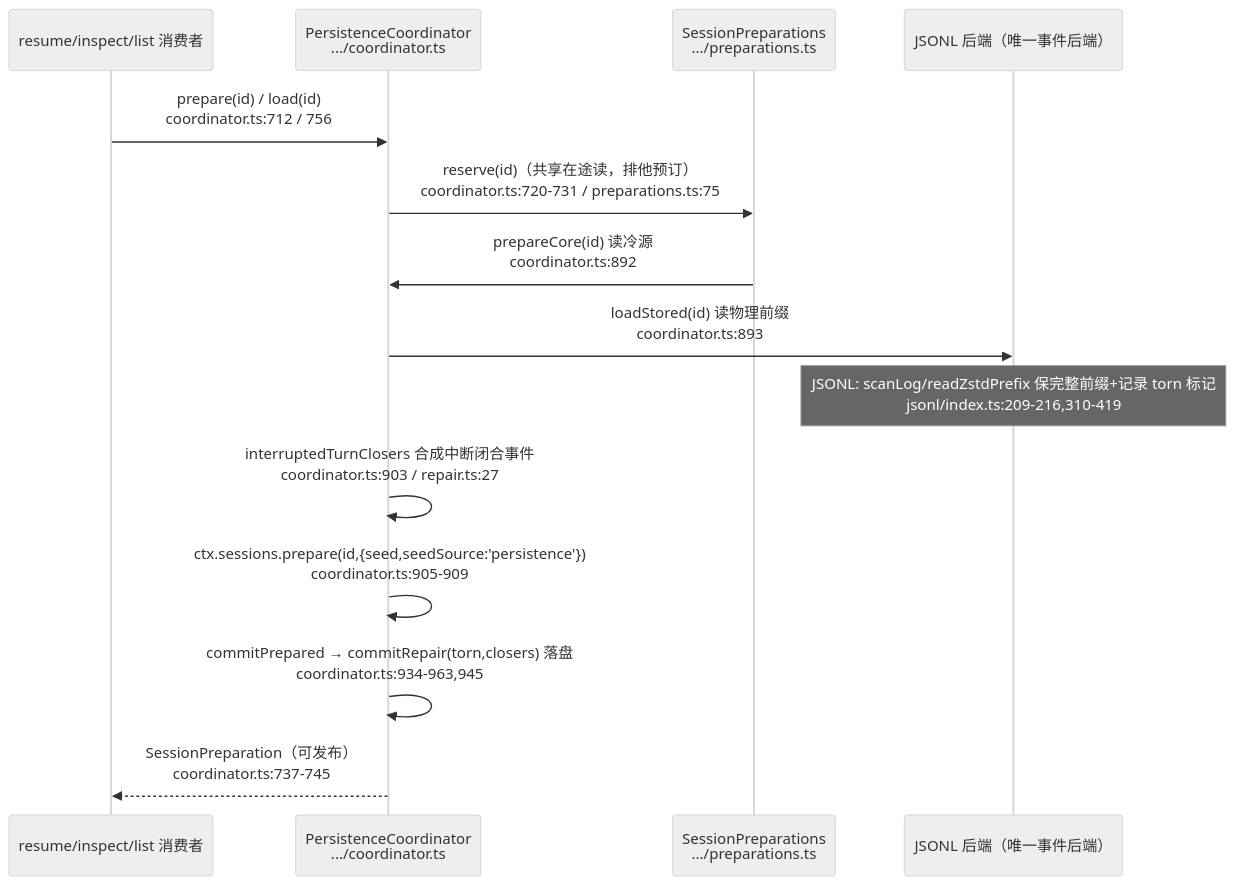
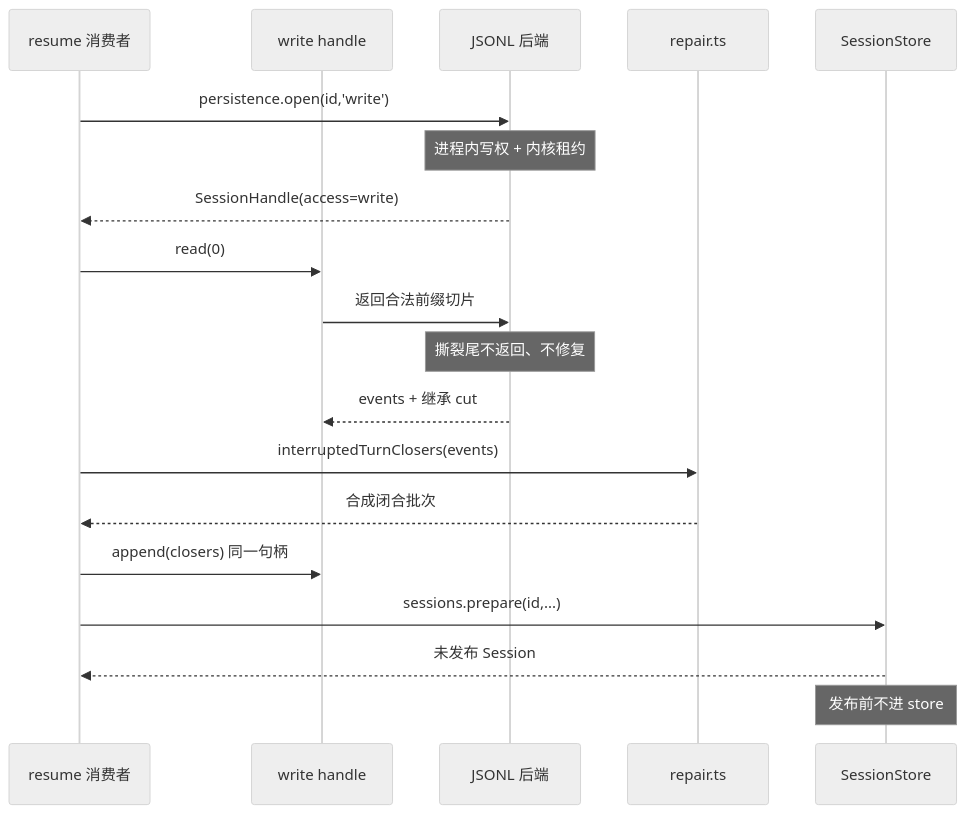
One commit to morehao/oss-insights changed the second of 3 diagrams in ai-agent/deepseek-harness/session.md. Above: the diagram before and after it, drawn with Mermaid (neutral theme). The commit also changed other lines of this file and 27 other files, not shown here.

````diff
--- a/ai-agent/deepseek-harness/session.md
+++ b/ai-agent/deepseek-harness/session.md
@@ -183,17 +344,22 @@
 ```mermaid
 sequenceDiagram
-    participant Caller as resume/inspect/list 消费者
-    participant C as PersistenceCoordinator <br>.../coordinator.ts
-    participant Prep as SessionPreparations <br>.../preparations.ts
-    participant Backend as JSONL 后端（唯一事件后端）
+    participant C as resume 消费者
+    participant H as write handle
+    participant B as JSONL 后端
+    participant R as repair.ts
+    participant St as SessionStore
 
-    Caller->>C: prepare(id) / load(id) <br>coordinator.ts:712 / 756
-    C->>Prep: reserve(id)（共享在途读，排他预订） <br>coordinator.ts:720-731 / preparations.ts:75
-    Prep->>C: prepareCore(id) 读冷源 <br>coordinator.ts:892
-    C->>Backend: loadStored(id) 读物理前缀 <br>coordinator.ts:893
-    Note over Backend: JSONL: scanLog/readZstdPrefix 保完整前缀+记录 torn 标记 <br>jsonl/index.ts:209-216,310-419
-    C->>C: interruptedTurnClosers 合成中断闭合事件 <br>coordinator.ts:903 / repair.ts:27
-    C->>C: ctx.sessions.prepare(id,{seed,seedSource:'persistence'}) <br>coordinator.ts:905-909
-    C->>C: commitPrepared → commitRepair(torn,closers) 落盘 <br>coordinator.ts:934-963,945
-    C-->>Caller: SessionPreparation（可发布） <br>coordinator.ts:737-745
+    C->>B: persistence.open(id,'write')
+    Note over B: 进程内写权 + 内核租约
+    B-->>C: SessionHandle(access=write)
+    C->>H: read(0)
+    H->>B: 返回合法前缀切片
+    Note over B: 撕裂尾不返回、不修复
+    B-->>H: events + 继承 cut
+    C->>R: interruptedTurnClosers(events)
+    R-->>C: 合成闭合批次
+    C->>H: append(closers) 同一句柄
+    C->>St: sessions.prepare(id,...)
+    St-->>C: 未发布 Session
+    Note over St: 发布前不进 store
 ```
````
